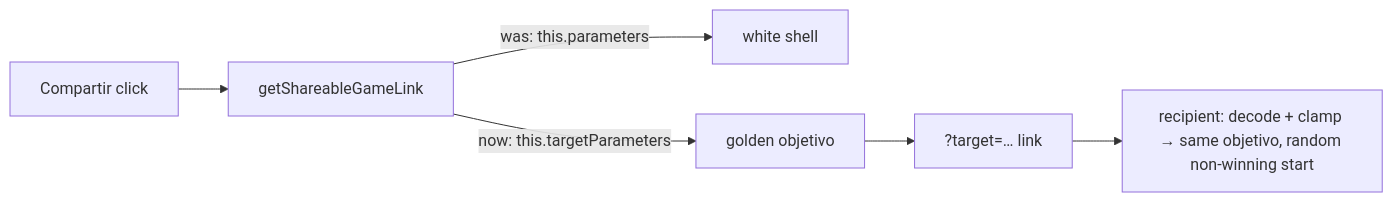
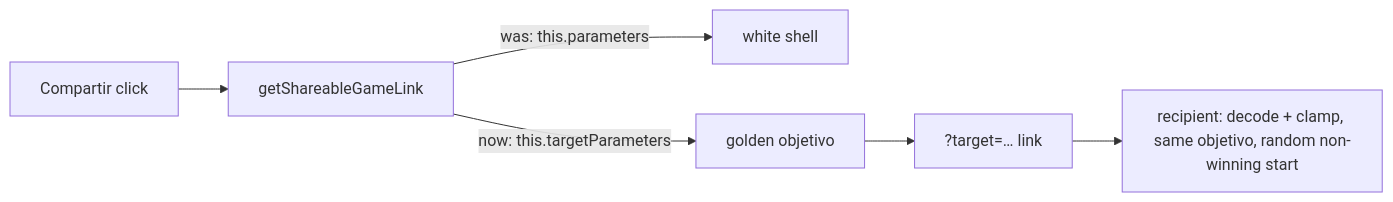
One commit to C3Idea/shell-generator changed the diagram in specs/039-split_the_golden_loot/spec.md. Above: the diagram before and after it, drawn with Mermaid. The commit also changed other lines of this file and 2 other files, not shown here.

Commit message:
docs(#39): resolve D1, D3-D6 -- archive matches the build
D1: deployed_at is the real PR creation time
D3: plan says a comment was added (there was none to update)
D4: spec/test pointers by name, not stale line numbers
D5: Mermaid labels quoted
D6: plan waves W0-W2 like tasks.json; #12 comment cited; VM-003's heat bar
    part now has a spec (aa9d412)
Issue #39 spec and plan comments updated the same way.

````diff
--- a/specs/039-split_the_golden_loot/spec.md
+++ b/specs/039-split_the_golden_loot/spec.md
@@ -43,8 +43,8 @@
 ```mermaid
 flowchart LR
   A[Compartir click] --> B[getShareableGameLink]
   B -->|was: this.parameters| C[white shell]
   B -->|now: this.targetParameters| D[golden objetivo]
   D --> E[?target=… link]
-  E --> F[recipient: decode + clamp → same objetivo, random non-winning start]
+  E --> F["recipient: decode + clamp, same objetivo, random non-winning start"]
 ```
````
